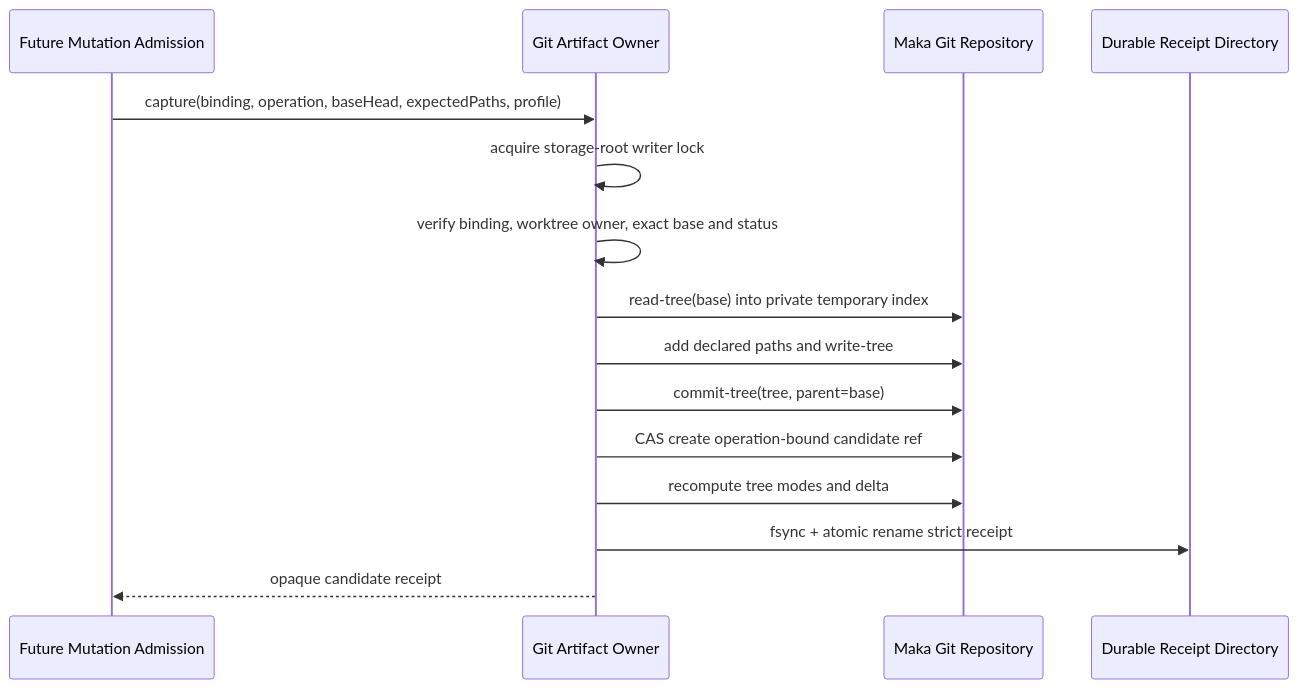
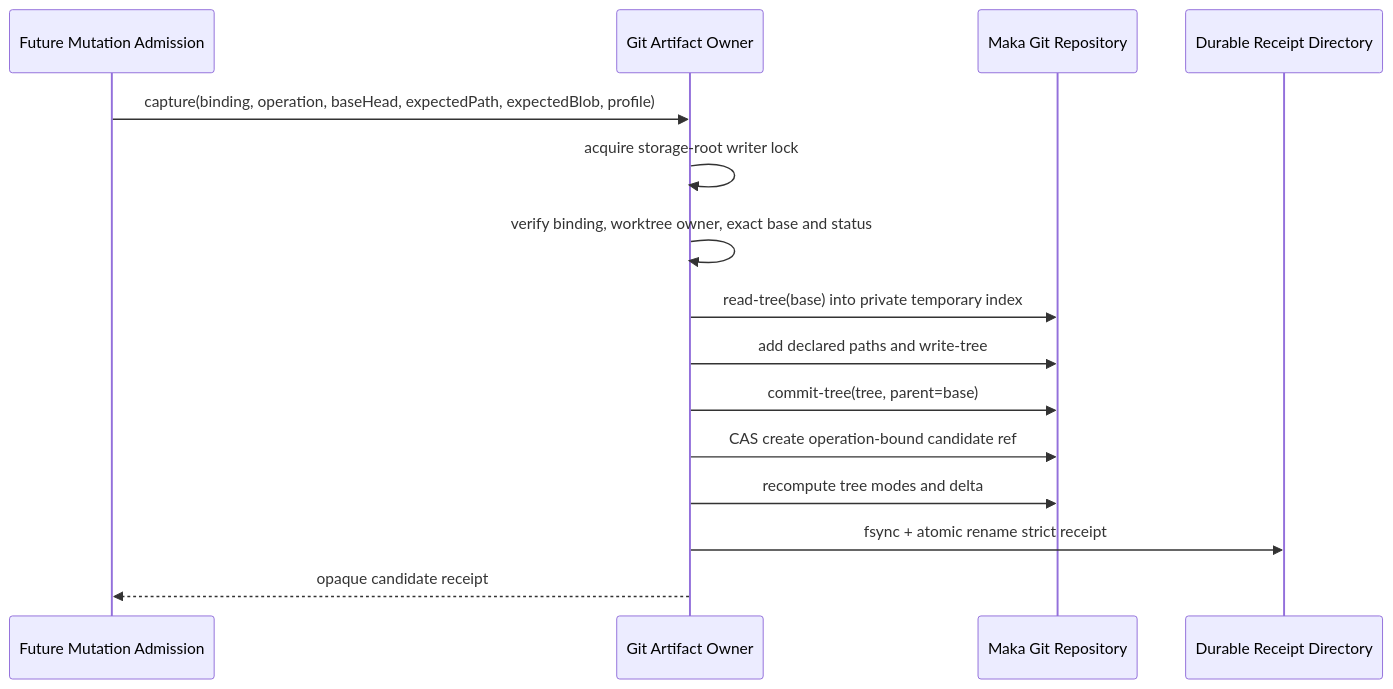
The diagram in docs/architecture/runtime-managed-workspace-git-mutation-candidate-owner-v1.zh-CN.md (zhiiw/maka-agent), drawn with Mermaid before and after one commit. The commit also changed other lines of this file and 25 other files, not shown here.

````diff
--- a/docs/architecture/runtime-managed-workspace-git-mutation-candidate-owner-v1.zh-CN.md
+++ b/docs/architecture/runtime-managed-workspace-git-mutation-candidate-owner-v1.zh-CN.md
@@ -51,18 +53,18 @@
 ```mermaid
 sequenceDiagram
   participant C as Future Mutation Admission
   participant G as Git Artifact Owner
   participant R as Maka Git Repository
   participant D as Durable Receipt Directory
 
-  C->>G: capture(binding, operation, baseHead, expectedPaths, profile)
+  C->>G: capture(binding, operation, baseHead, expectedPath, expectedBlob, profile)
   G->>G: acquire storage-root writer lock
   G->>G: verify binding, worktree owner, exact base and status
   G->>R: read-tree(base) into private temporary index
   G->>R: add declared paths and write-tree
   G->>R: commit-tree(tree, parent=base)
   G->>R: CAS create operation-bound candidate ref
   G->>R: recompute tree modes and delta
   G->>D: fsync + atomic rename strict receipt
   G-->>C: opaque candidate receipt
 ```
````
